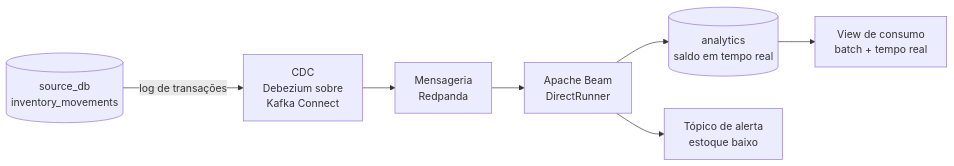
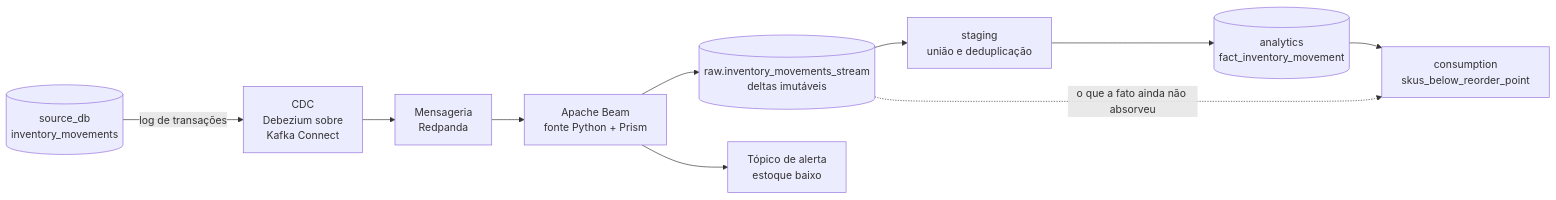
Before and after one commit to alencardoug/mvp_eng_dados_1: the diagram in docs/streaming.md, drawn with Mermaid. The commit also changed other lines of this file and 43 other files, not shown here.

````diff
--- a/docs/streaming.md
+++ b/docs/streaming.md
@@ -40,9 +40,12 @@
 ```mermaid
 flowchart LR
     OLTP[("source_db<br/>inventory_movements")] -->|log de transações| CDC["CDC<br/>Debezium sobre<br/>Kafka Connect"]
     CDC --> BUS["Mensageria<br/>Redpanda"]
-    BUS --> BEAM["Apache Beam<br/>DirectRunner"]
-    BEAM --> SINK[("analytics<br/>saldo em tempo real")]
+    BUS --> BEAM["Apache Beam<br/>fonte Python + Prism"]
+    BEAM --> SINK[("raw.inventory_movements_stream<br/>deltas imutáveis")]
     BEAM --> ALERT["Tópico de alerta<br/>estoque baixo"]
-    SINK --> VIEW["View de consumo<br/>batch + tempo real"]
+    SINK --> STG["staging<br/>união e deduplicação"]
+    STG --> FATO[("analytics<br/>fact_inventory_movement")]
+    FATO --> VIEW["consumption<br/>skus_below_reorder_point"]
+    SINK -.->|"o que a fato ainda não absorveu"| VIEW
 ```
````
